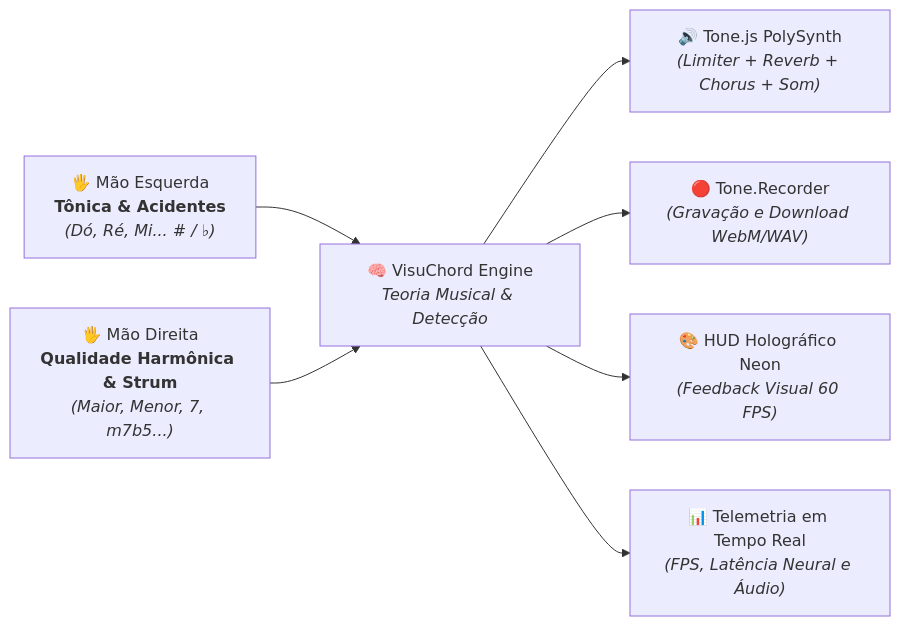
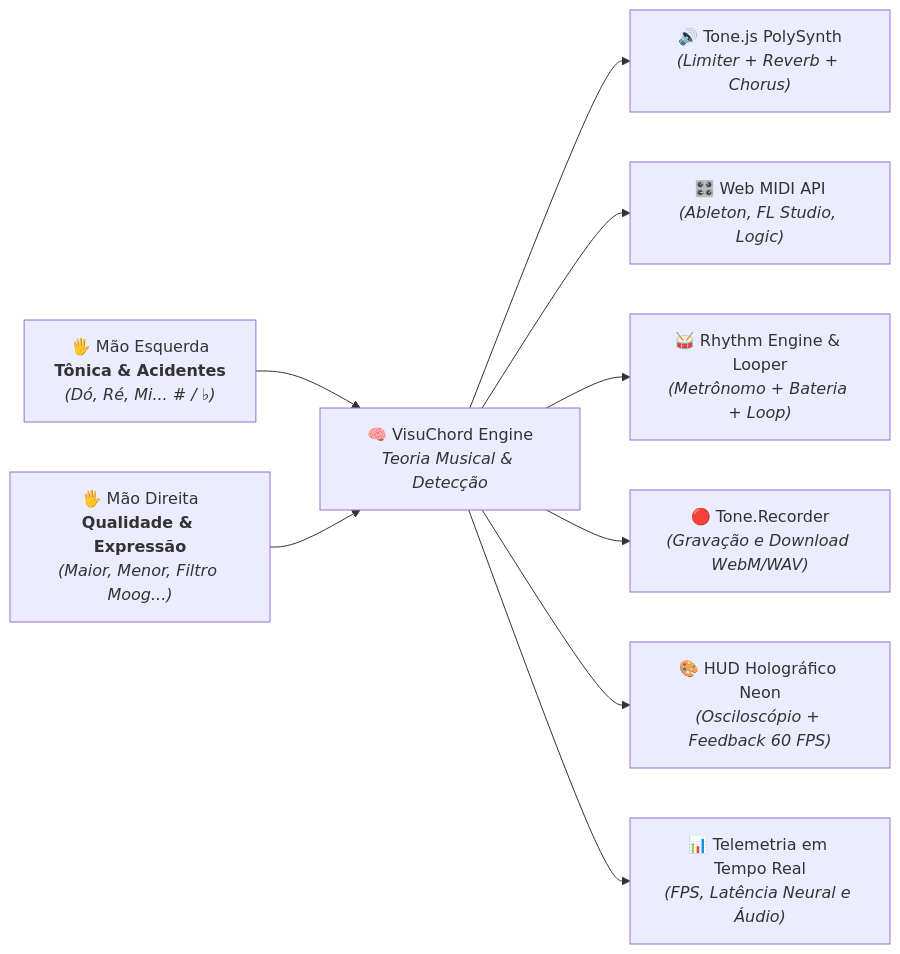
The diagram in README.md (FelipeGardenghiDev/visuchord), drawn with Mermaid before and after one commit. The commit also changed other lines of this file and 9 other files, not shown here.

First line of the commit message:
feat(staff): implement Web MIDI, FFT oscilloscope, rhythm engine & looper, Moog filter, and chunk splitting

````diff
--- a/README.md
+++ b/README.md
@@ -33,9 +38,11 @@
 ```mermaid
 graph LR
     LeftHand["🖐️ Mão Esquerda<br/><b>Tônica & Acidentes</b><br/><i>(Dó, Ré, Mi... # / ♭)</i>"] --> Core["🧠 VisuChord Engine<br/><i>Teoria Musical & Detecção</i>"]
-    RightHand["🖐️ Mão Direita<br/><b>Qualidade Harmônica & Strum</b><br/><i>(Maior, Menor, 7, m7b5...)</i>"] --> Core
-    Core --> Tone["🔊 Tone.js PolySynth<br/><i>(Limiter + Reverb + Chorus + Som)</i>"]
+    RightHand["🖐️ Mão Direita<br/><b>Qualidade & Expressão</b><br/><i>(Maior, Menor, Filtro Moog...)</i>"] --> Core
+    Core --> Tone["🔊 Tone.js PolySynth<br/><i>(Limiter + Reverb + Chorus)</i>"]
+    Core --> Midi["🎛️ Web MIDI API<br/><i>(Ableton, FL Studio, Logic)</i>"]
+    Core --> Rhythm["🥁 Rhythm Engine & Looper<br/><i>(Metrônomo + Bateria + Loop)</i>"]
     Core --> Recorder["🔴 Tone.Recorder<br/><i>(Gravação e Download WebM/WAV)</i>"]
-    Core --> Canvas["🎨 HUD Holográfico Neon<br/><i>(Feedback Visual 60 FPS)</i>"]
+    Core --> Canvas["🎨 HUD Holográfico Neon<br/><i>(Osciloscópio + Feedback 60 FPS)</i>"]
     Core --> Telemetry["📊 Telemetria em Tempo Real<br/><i>(FPS, Latência Neural e Áudio)</i>"]
 ```
````
